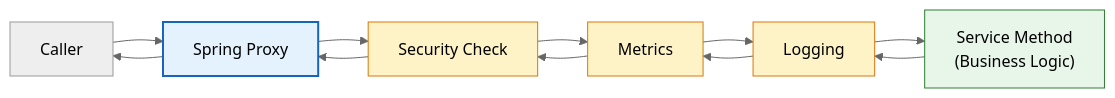
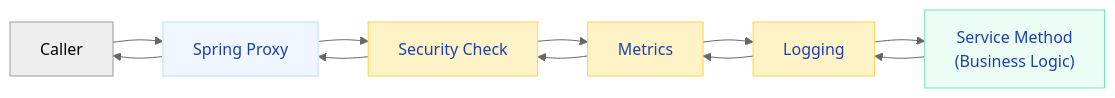
One commit to saivamsikaruturi/vamsilabs-dev-notes-main changed the first of 6 diagrams in docs/springboot/aop.md. Above: the diagram before and after it, drawn with Mermaid (neutral theme). The commit also changed other lines of this file and 220 other files, not shown here.

First line of the commit message:
Add 50+ new Java/Spring Boot pages, rewrite CSS code blocks to Oracle style, fix all diagram colors

````diff
--- a/docs/springboot/aop.md
+++ b/docs/springboot/aop.md
@@ -10,19 +10,19 @@
 ```mermaid
 flowchart LR
     C["Caller"] --> P["Spring Proxy"]
     P --> A1["Security Check"]
     A1 --> A2["Metrics"]
     A2 --> A3["Logging"]
     A3 --> S["Service Method<br/>(Business Logic)"]
     S --> A3
     A3 --> A2
     A2 --> A1
     A1 --> P
     P --> C
 
-    style P fill:#E3F2FD,stroke:#1565C0,stroke-width:2px,color:#000
-    style S fill:#E8F5E9,stroke:#2E7D32,color:#000
-    style A1 fill:#FEF3C7,stroke:#D97706,color:#000
-    style A2 fill:#FEF3C7,stroke:#D97706,color:#000
-    style A3 fill:#FEF3C7,stroke:#D97706,color:#000
+    style P fill:#EFF6FF,stroke:#DBEAFE,stroke-width:2px,color:#1E40AF
+    style S fill:#ECFDF5,stroke:#6EE7B7,color:#1E40AF
+    style A1 fill:#FEF3C7,stroke:#FCD34D,color:#1E40AF
+    style A2 fill:#FEF3C7,stroke:#FCD34D,color:#1E40AF
+    style A3 fill:#FEF3C7,stroke:#FCD34D,color:#1E40AF
 ```
````
